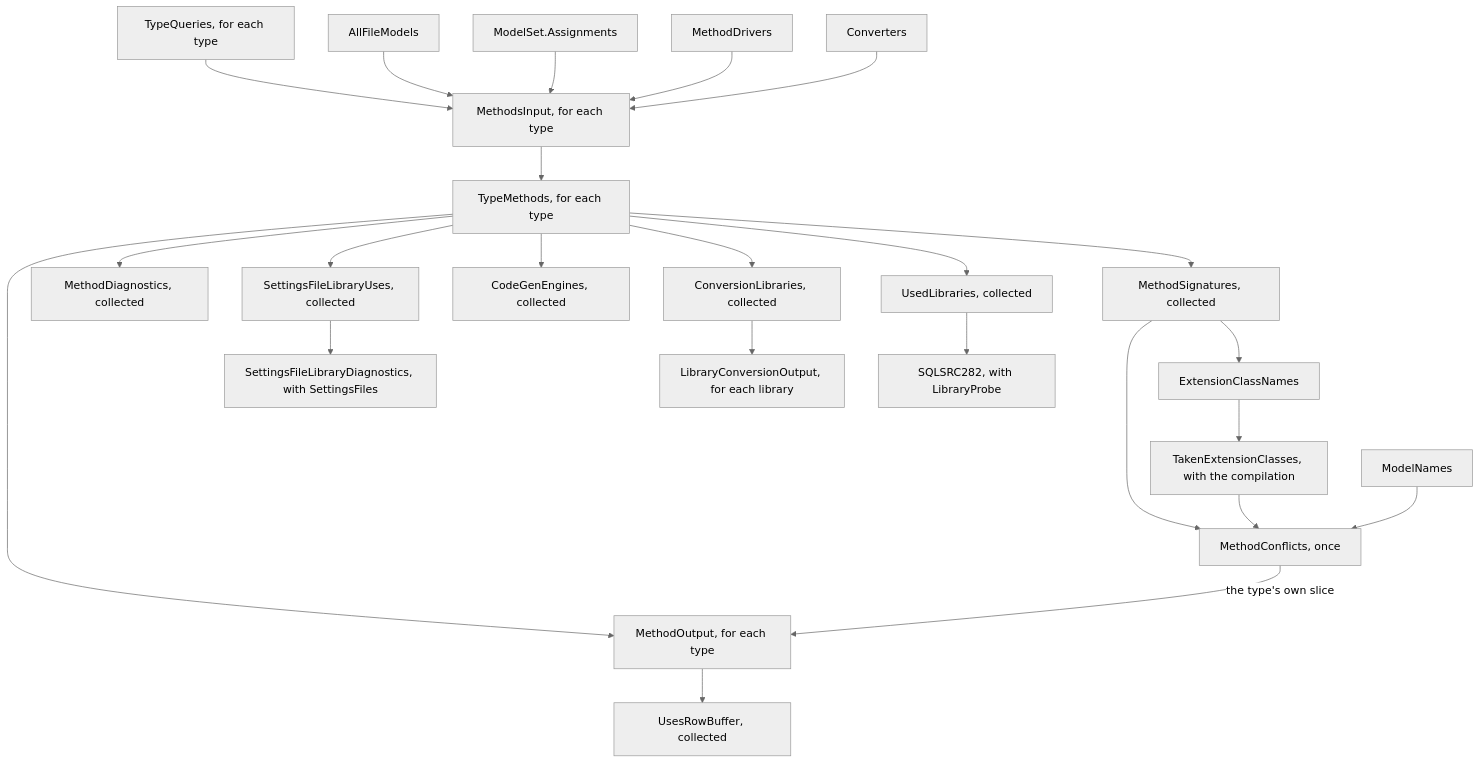
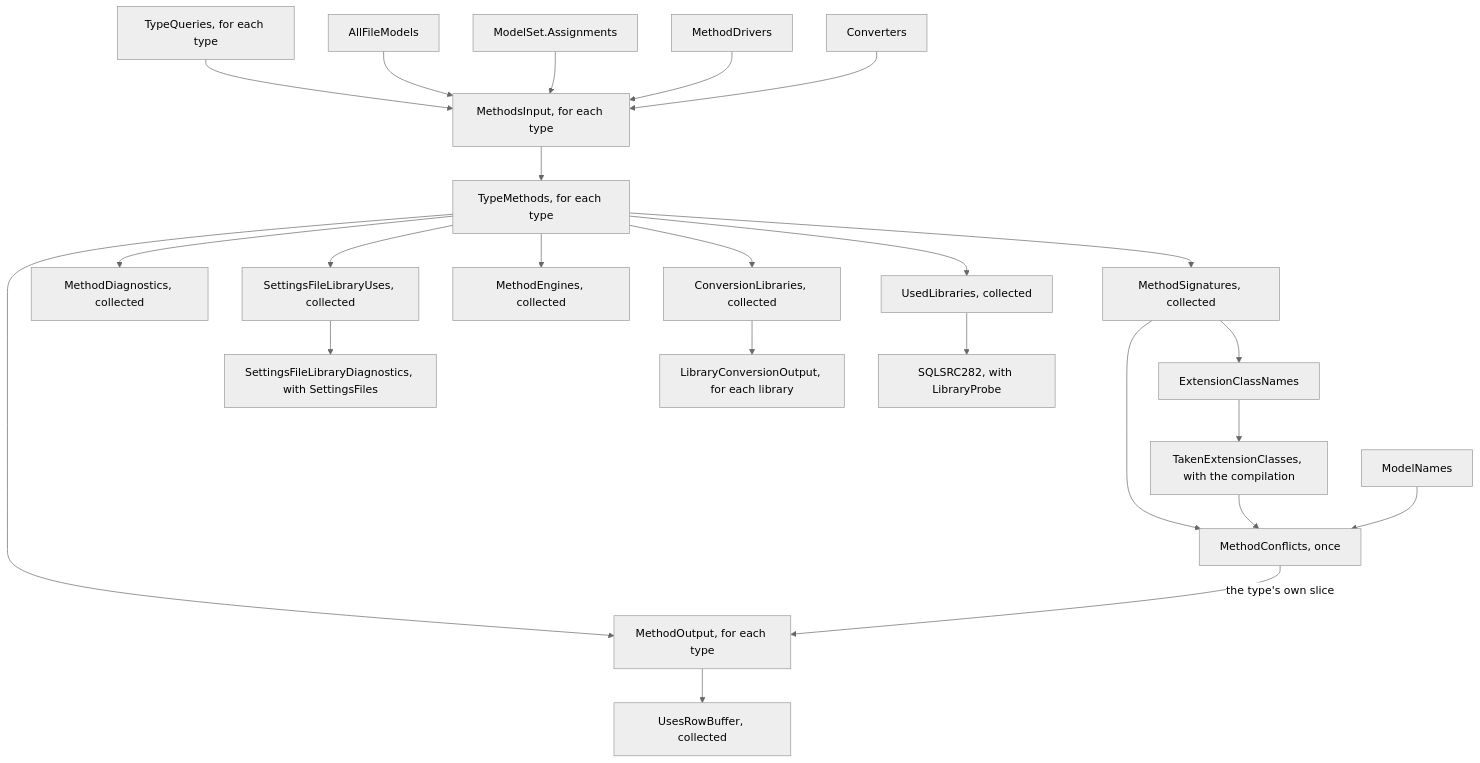
Before and after one commit to mbcrawfo/SqlSource: the third of 3 diagrams in docs/architecture/generator.md, drawn with Mermaid (neutral theme). The commit also changed other lines of this file and 173 other files, not shown here.

````diff
--- a/docs/architecture/generator.md
+++ b/docs/architecture/generator.md
@@ -601,26 +601,26 @@
 ```mermaid
 flowchart TD
     typeQueries["TypeQueries, for each type"] --> input["MethodsInput, for each type"]
     all["AllFileModels"] --> input
     assignments["ModelSet.Assignments"] --> input
     drivers["MethodDrivers"] --> input
     converters["Converters"] --> input
     input --> plan["TypeMethods, for each type"]
     plan --> signatures["MethodSignatures, collected"]
     signatures --> classes["ExtensionClassNames"]
     classes --> taken["TakenExtensionClasses, with the compilation"]
     signatures --> conflicts["MethodConflicts, once"]
     taken --> conflicts
     modelNames["ModelNames"] --> conflicts
     plan --> output["MethodOutput, for each type"]
     conflicts -->|"the type's own slice"| output
     output --> rowBuffer["UsesRowBuffer, collected"]
     plan --> diagnostics["MethodDiagnostics, collected"]
     plan --> libraryUses["SettingsFileLibraryUses, collected"]
     libraryUses --> located["SettingsFileLibraryDiagnostics, with SettingsFiles"]
-    plan --> engines["CodeGenEngines, collected"]
+    plan --> engines["MethodEngines, collected"]
     plan --> libraries["ConversionLibraries, collected"]
     libraries --> conversions["LibraryConversionOutput, for each library"]
     plan --> used["UsedLibraries, collected"]
     used --> floor["SQLSRC282, with LibraryProbe"]
 ```
````
